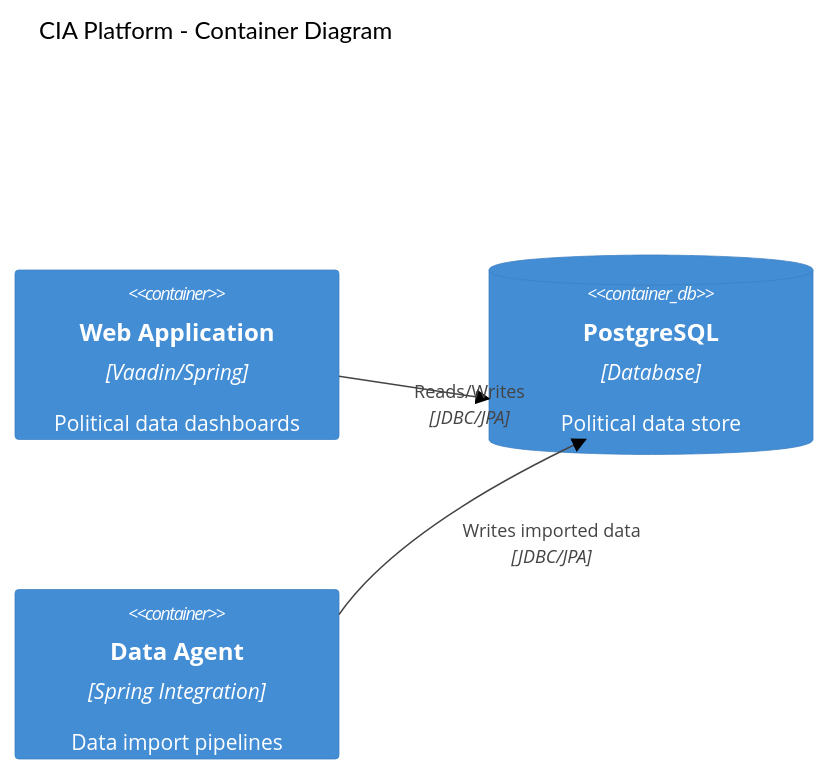
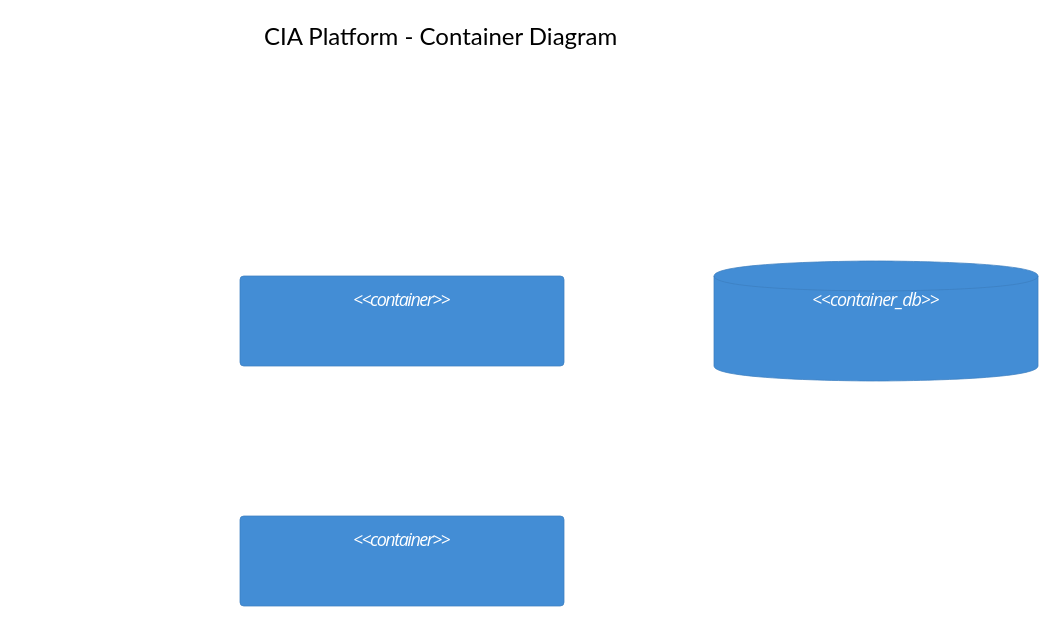
One commit to Hack23/cia changed the second of 2 diagrams in .github/skills/hack23-future-architecture-standards/SKILL.md. Above: the diagram before and after it, drawn with Mermaid (neutral theme). The commit also changed other lines of this file and 54 other files, not shown here.

Commit message:
Quote mermaid node labels with icons/specials and add validation tooling

````diff
--- a/.github/skills/hack23-future-architecture-standards/SKILL.md
+++ b/.github/skills/hack23-future-architecture-standards/SKILL.md
@@ -61,11 +61,11 @@
 ```mermaid
 C4Container
     title CIA Platform - Container Diagram
 
-    Container(webapp, "Web Application", "Vaadin/Spring", "Political data dashboards")
-    ContainerDb(db, "PostgreSQL", "Database", "Political data store")
-    Container(agent, "Data Agent", "Spring Integration", "Data import pipelines")
+    Container("webapp, #quot;Web Application#quot;, #quot;Vaadin/Spring#quot;, #quot;Political data dashboards#quot;")
+    ContainerDb("db, #quot;PostgreSQL#quot;, #quot;Database#quot;, #quot;Political data store#quot;")
+    Container("agent, #quot;Data Agent#quot;, #quot;Spring Integration#quot;, #quot;Data import pipelines#quot;")
 
-    Rel(webapp, db, "Reads/Writes", "JDBC/JPA")
-    Rel(agent, db, "Writes imported data", "JDBC/JPA")
+    Rel("webapp, db, #quot;Reads/Writes#quot;, #quot;JDBC/JPA#quot;")
+    Rel("agent, db, #quot;Writes imported data#quot;, #quot;JDBC/JPA#quot;")
 ```
````
